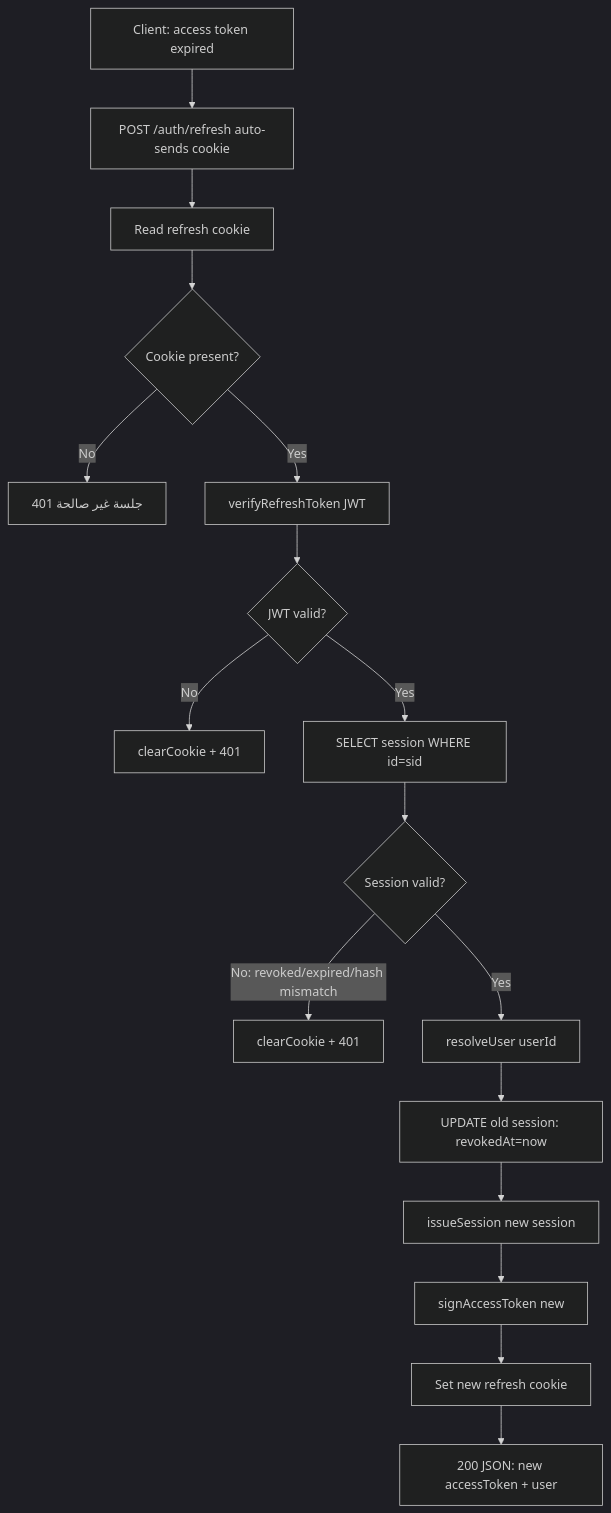
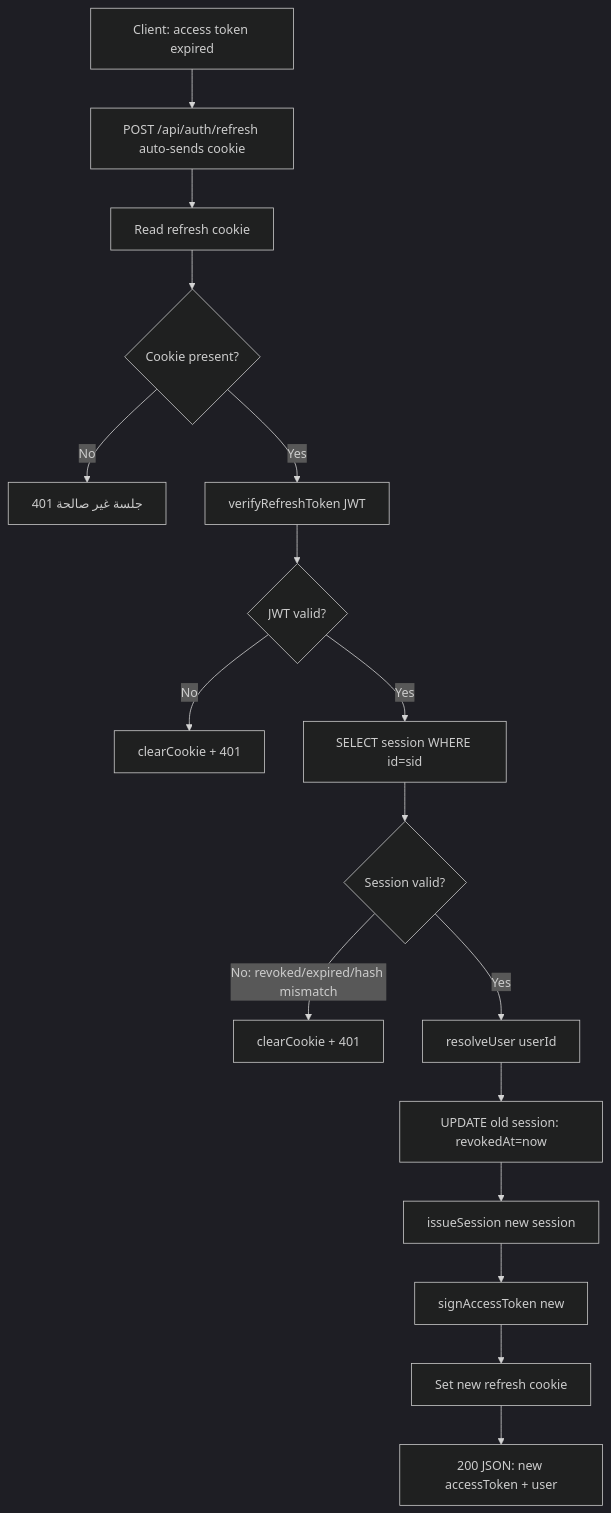
Before and after one commit to alydesouki/ERP: the fourth of 11 diagrams in documentation/Code-Flow.md, drawn with Mermaid (dark theme). The commit also changed other lines of this file and 10 other files, not shown here.

````diff
--- a/documentation/Code-Flow.md
+++ b/documentation/Code-Flow.md
@@ -118,19 +119,19 @@
 ```mermaid
 flowchart TD
-    A[Client: access token expired] --> B[POST /auth/refresh auto-sends cookie]
+    A[Client: access token expired] --> B[POST /api/auth/refresh auto-sends cookie]
     B --> C[Read refresh cookie]
     C --> D{Cookie present?}
     D -->|No| E[401 جلسة غير صالحة]
     D -->|Yes| F[verifyRefreshToken JWT]
     F --> G{JWT valid?}
     G -->|No| H[clearCookie + 401]
     G -->|Yes| I[SELECT session WHERE id=sid]
     I --> J{Session valid?}
     J -->|No: revoked/expired/hash mismatch| K[clearCookie + 401]
     J -->|Yes| L[resolveUser userId]
     L --> M[UPDATE old session: revokedAt=now]
     M --> N[issueSession new session]
     N --> O[signAccessToken new]
     O --> P[Set new refresh cookie]
     P --> Q[200 JSON: new accessToken + user]
 ```
````
